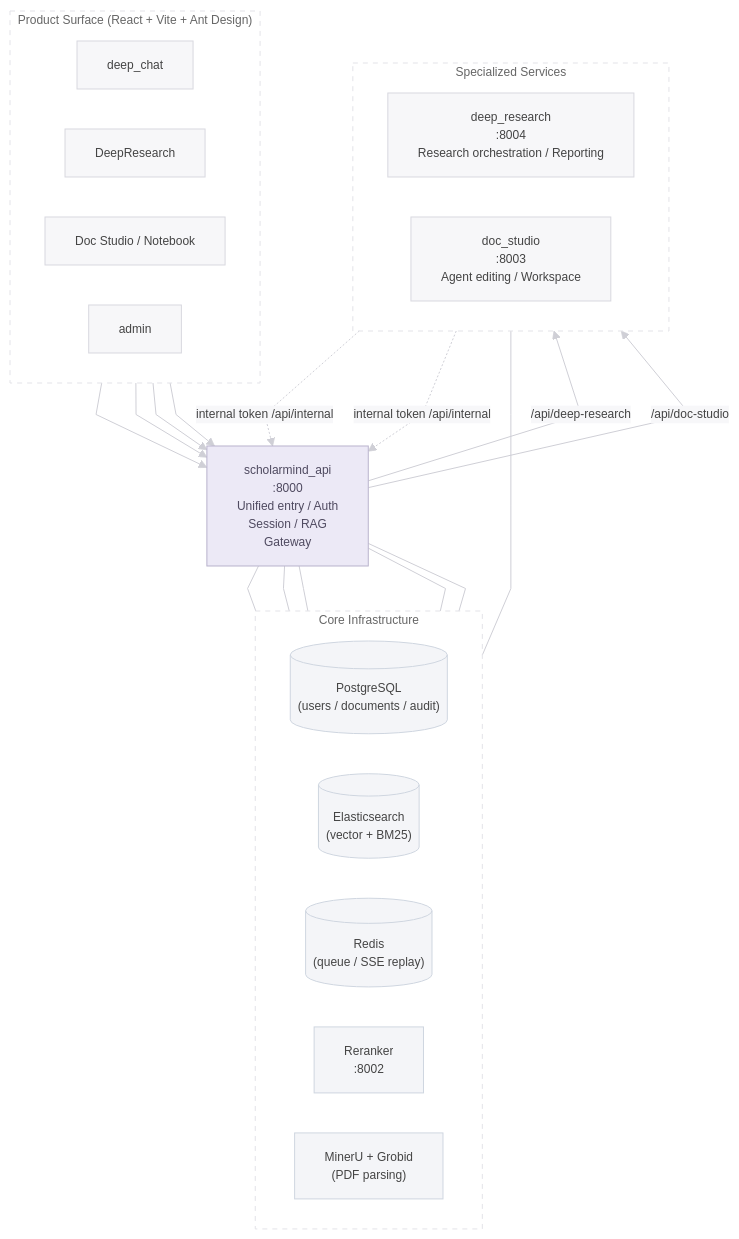
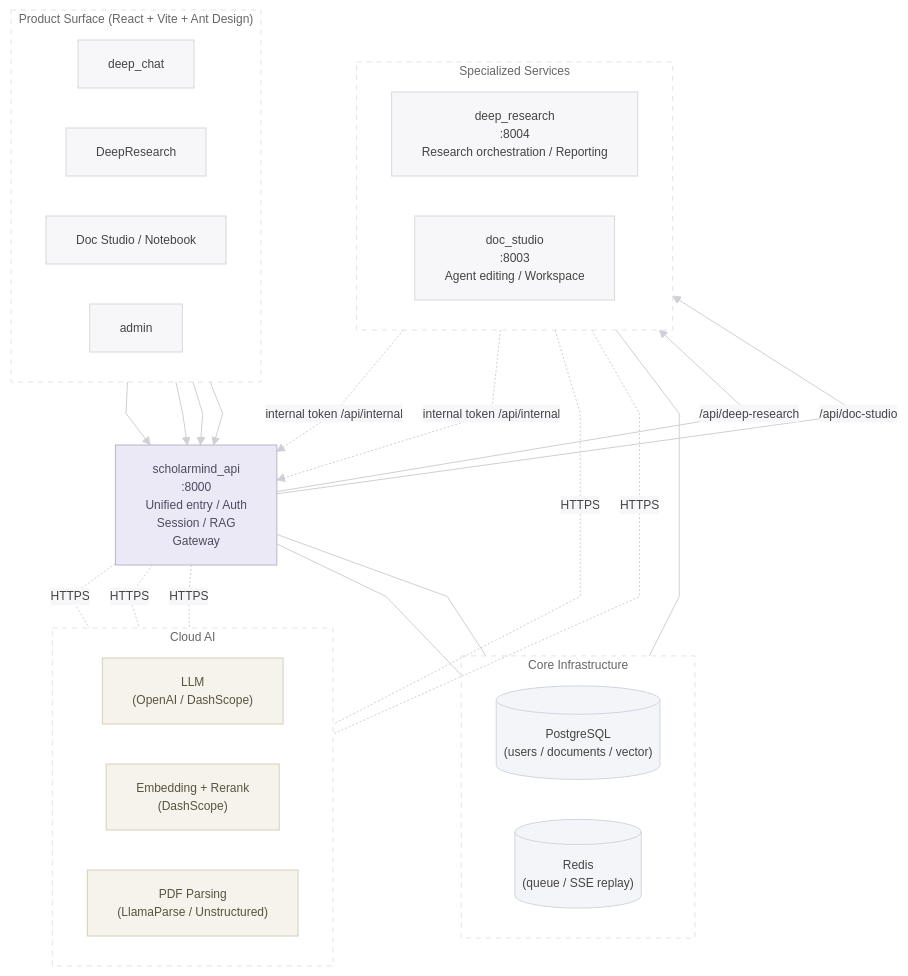
The first of 3 diagrams in README_EN.md (wanghong5233/ScholarMind), drawn with Mermaid before and after one commit. The commit also changed other lines of this file and 32 other files, not shown here.

````diff
--- a/README_EN.md
+++ b/README_EN.md
@@ -87,11 +87,15 @@
 
     subgraph Infra["Core Infrastructure"]
         direction LR
-        PG[("PostgreSQL<br/>(users / documents / audit)")]
-        ES[("Elasticsearch<br/>(vector + BM25)")]
+        PG[("PostgreSQL<br/>(users / documents / vector)")]
         Redis[("Redis<br/>(queue / SSE replay)")]
-        Rerank["Reranker<br/>:8002"]
-        Parse["MinerU + Grobid<br/>(PDF parsing)"]
+    end
+
+    subgraph Cloud["Cloud AI"]
+        direction LR
+        LLM["LLM<br/>(OpenAI / DashScope)"]
+        EmbRerank["Embedding + Rerank<br/>(DashScope)"]
+        Parse["PDF Parsing<br/>(LlamaParse / Unstructured)"]
     end
 
     UI_Chat --> API
@@ -106,23 +110,28 @@
     DS -. "internal token /api/internal" .-> API
 
     API --- PG
-    API --- ES
     API --- Redis
-    API --- Rerank
-    API --- Parse
+    API -. HTTPS .- LLM
+    API -. HTTPS .- EmbRerank
+    API -. HTTPS .- Parse
 
     DR --- Redis
+    DR -. HTTPS .- LLM
+    DS -. HTTPS .- LLM
 
     classDef gateway fill:#ece9f6,stroke:#b9b3cc,stroke-width:1px,color:#4f4a60;
     classDef node fill:#f7f7f9,stroke:#d8d8df,stroke-width:1px,color:#444444;
     classDef infra fill:#f4f5f8,stroke:#cfd6e0,stroke-width:1px,color:#444444;
+    classDef cloud fill:#f5f3ec,stroke:#d6cfb9,stroke-width:1px,color:#5a5340;
 
     class API gateway;
     class UI_Chat,UI_DR,UI_Doc,UI_Admin,DR,DS node;
-    class PG,ES,Redis,Rerank,Parse infra;
+    class PG,Redis infra;
+    class LLM,EmbRerank,Parse cloud;
 
     style Frontend fill:transparent,stroke:#e3e3e8,stroke-width:1px,color:#666666,stroke-dasharray: 5 5;
     style Services fill:transparent,stroke:#e3e3e8,stroke-width:1px,color:#666666,stroke-dasharray: 5 5;
     style Infra fill:transparent,stroke:#e3e3e8,stroke-width:1px,color:#666666,stroke-dasharray: 5 5;
+    style Cloud fill:transparent,stroke:#e3e3e8,stroke-width:1px,color:#666666,stroke-dasharray: 5 5;
     linkStyle default stroke:#cfcfd6,stroke-width:1px,fill:none;
 ```
````
